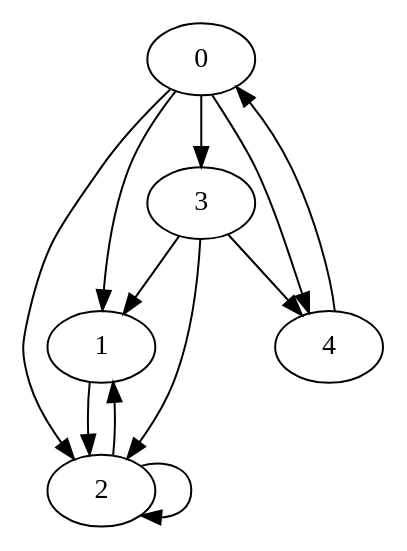
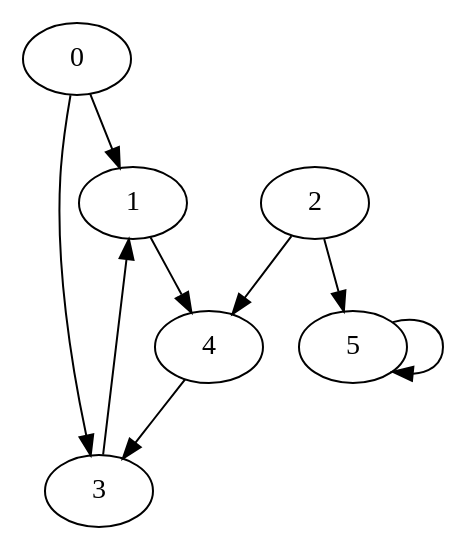
The diagram in output/graph/graph.dot (ToavinaJr/data_structure_graphe), drawn with Graphviz before and after one commit. The commit also changed 9 other files, not shown here.

Commit message:
Creation de test de connectiviter entre graphe

```diff
--- a/output/graph/graph.dot
+++ b/output/graph/graph.dot
@@ -1,13 +1,10 @@
 digraph G {
     0 -> 1;
-    0 -> 2;
     0 -> 3;
-    0 -> 4;
-    1 -> 2;
-    2 -> 1;
-    2 -> 2;
+    1 -> 4;
+    2 -> 4;
+    2 -> 5;
     3 -> 1;
-    3 -> 2;
-    3 -> 4;
-    4 -> 0;
+    4 -> 3;
+    5 -> 5;
 }
```
